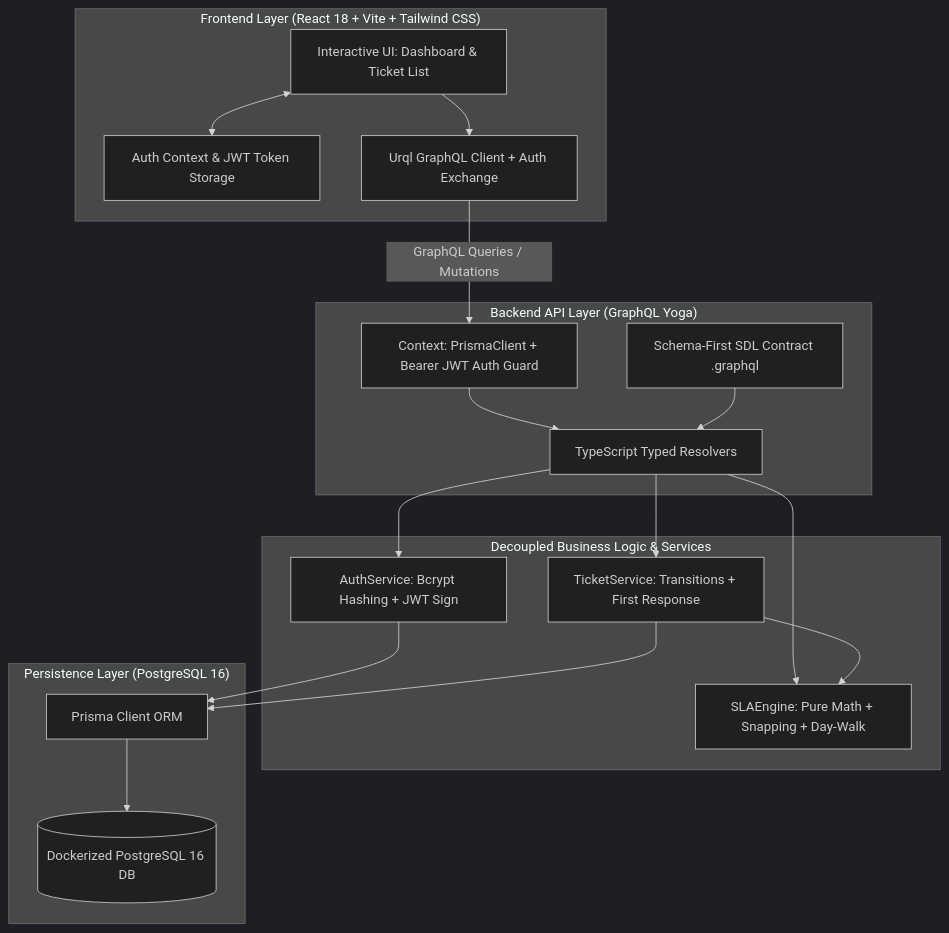
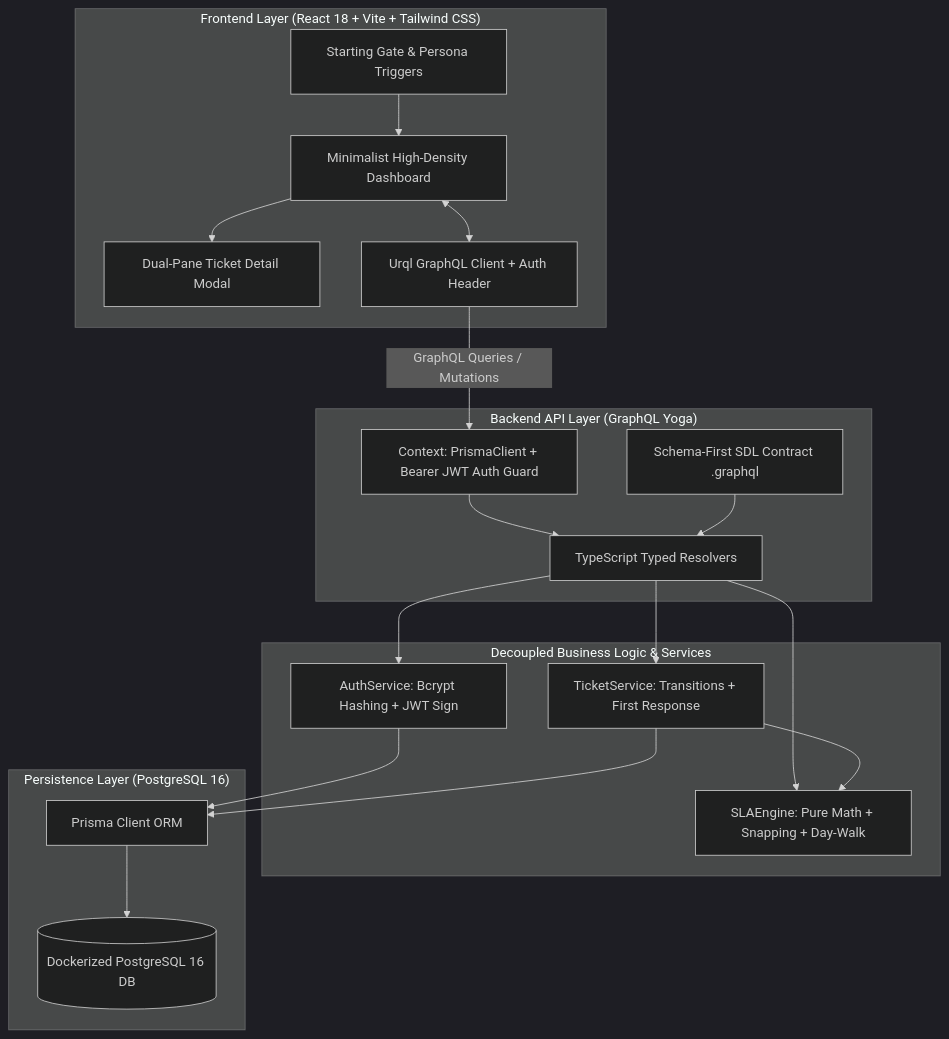
One commit to LEVELING2108/Support-Ticket-SLA-Service-Level-Agreement-Tracker changed the diagram in WALKTHROUGH.md. Above: the diagram before and after it, drawn with Mermaid (dark theme). The commit also changed other lines of this file and 1 other file, not shown here.

````diff
--- a/WALKTHROUGH.md
+++ b/WALKTHROUGH.md
@@ -22,38 +22,40 @@
 ```mermaid
 flowchart TD
     subgraph Frontend ["Frontend Layer (React 18 + Vite + Tailwind CSS)"]
-        UI[Interactive UI: Dashboard & Ticket List]
-        AuthCtx[Auth Context & JWT Token Storage]
-        UrqlClient[Urql GraphQL Client + Auth Exchange]
-        UI <--> AuthCtx
-        UI --> UrqlClient
+        Landing[Starting Gate & Persona Triggers]
+        UI[Minimalist High-Density Dashboard]
+        DetailModal[Dual-Pane Ticket Detail Modal]
+        UrqlClient[Urql GraphQL Client + Auth Header]
+        Landing --> UI
+        UI --> DetailModal
+        UI <--> UrqlClient
     end
 
     subgraph Backend ["Backend API Layer (GraphQL Yoga)"]
         Context[Context: PrismaClient + Bearer JWT Auth Guard]
         SDL[Schema-First SDL Contract .graphql]
         Resolvers[TypeScript Typed Resolvers]
         Context --> Resolvers
         SDL --> Resolvers
     end
 
     subgraph Services ["Decoupled Business Logic & Services"]
         AuthSvc[AuthService: Bcrypt Hashing + JWT Sign]
         TicketSvc[TicketService: Transitions + First Response]
         SLAEngine[SLAEngine: Pure Math + Snapping + Day-Walk]
         Resolvers --> AuthSvc
         Resolvers --> TicketSvc
         Resolvers --> SLAEngine
         TicketSvc --> SLAEngine
     end
 
     subgraph Persistence ["Persistence Layer (PostgreSQL 16)"]
         Prisma[Prisma Client ORM]
         Postgres[(Dockerized PostgreSQL 16 DB)]
         AuthSvc --> Prisma
         TicketSvc --> Prisma
         Prisma --> Postgres
     end
 
     UrqlClient -->|GraphQL Queries / Mutations| Context
 ```
````
